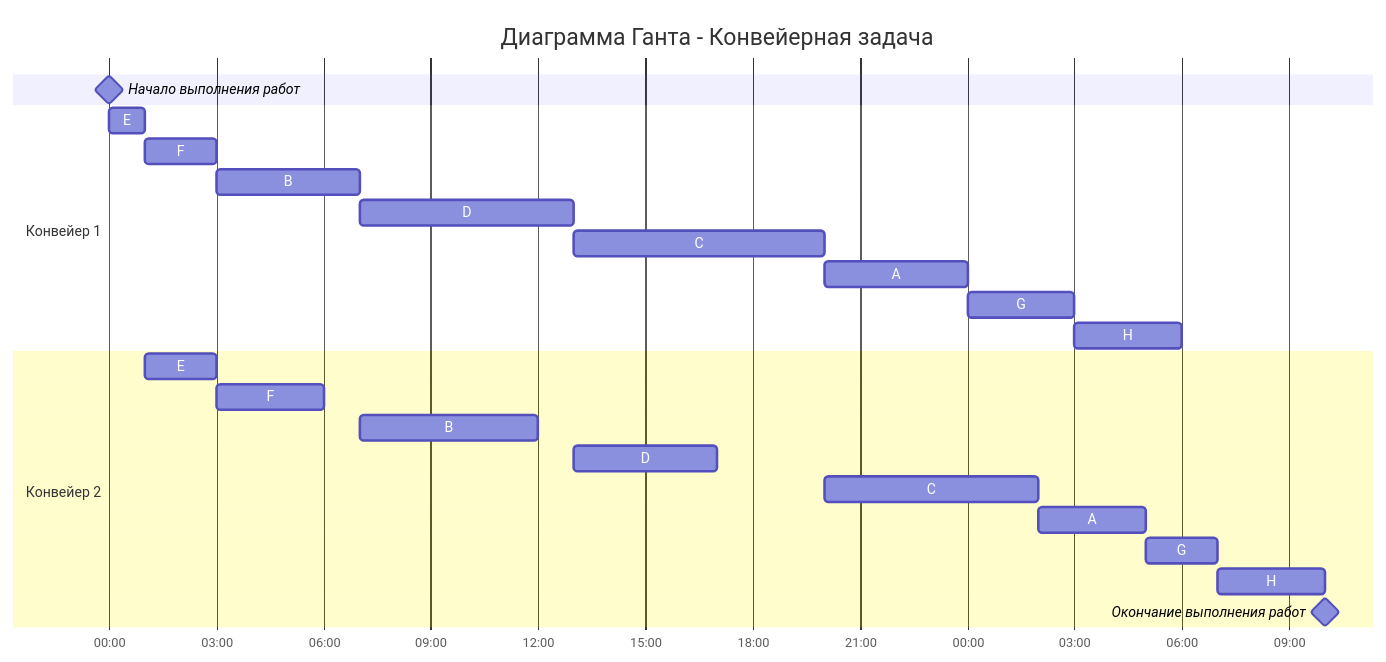
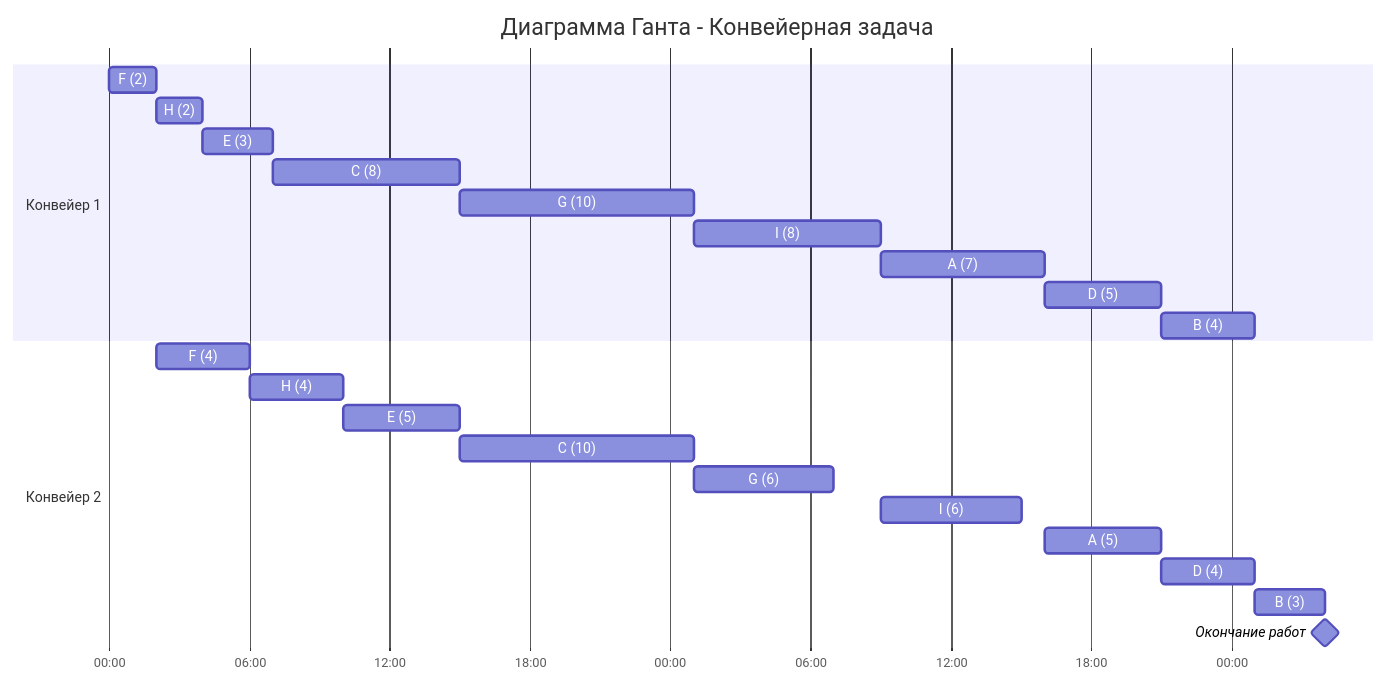
One commit to algos-ris-24-3/manual-tasks changed the diagram in Задание 4/petr.md. Above: the diagram before and after it, drawn with Mermaid. The commit also changed other lines of this file, not shown here.

````diff
--- a/Задание 4/petr.md
+++ b/Задание 4/petr.md
@@ -65,27 +187,32 @@
 ```mermaid
 gantt
     title Диаграмма Ганта - Конвейерная задача
-    dateFormat DD HH:mm    
+    dateFormat HH:mm   
     axisFormat %H:%M
-    Начало выполнения работ : milestone, m1, 01 00:00, 0h
+   
     section Конвейер 1
-    E         :a1, 01 00:00, 1h
-    F         :a2, after a1, 2h
-    B         :a3, after a2, 4h
-    D         :a4, after a3, 6h
-    C         :a5, after a4, 7h
-    A         :a6, after a5, 4h
-    G         :a7, after a6, 3h
-    H         :a8, after a7, 3h
+    F (2)        :a1, 00:00, 2h
+    H (2)        :a2, after a1, 2h
+    E (3)        :a3, after a2, 3h
+    C (8)        :a4, after a3, 8h
+    G (10)       :a5, after a4, 10h
+    I (8)        :a6, after a5, 8h
+    A (7)        :a7, after a6, 7h
+    D (5)        :a8, after a7, 5h
+    B (4)        :a9, after a8, 4h
+
     section Конвейер 2
-    E         :b1, after a1, 2h
-    F         :b2, after a2, 3h
-    B         :b3, after a3, 5h
-    D         :b4, after a4 b3, 4h
-    C         :b5, after a5 b4, 6h
-    A         :b6, after a6 b5, 3h
-    G         :b7, after a7 b6, 2h
-    H         :b8, after a8 b7, 3h
-    Окончание выполнения работ : milestone, m2, 02 10:00, 0h
+    F (4)        :b1, after a1, 4h
+    H (4)        :b2, after a2 b1, 4h
+    E (5)        :b3, after a3 b2, 5h
+    C (10)       :b4, after a4 b3, 10h
+    G (6)        :b5, after a5 b4, 6h
+    I (6)        :b6, after a6 b5, 6h
+    A (5)        :b7, after a7 b6, 5h
+    D (4)        :b8, after a8 b7, 4h
+    B (3)        :b9, after a9 b8, 3h
+
+    Окончание работ : milestone, m2, after b9, 0h
+
 
 ```
````
